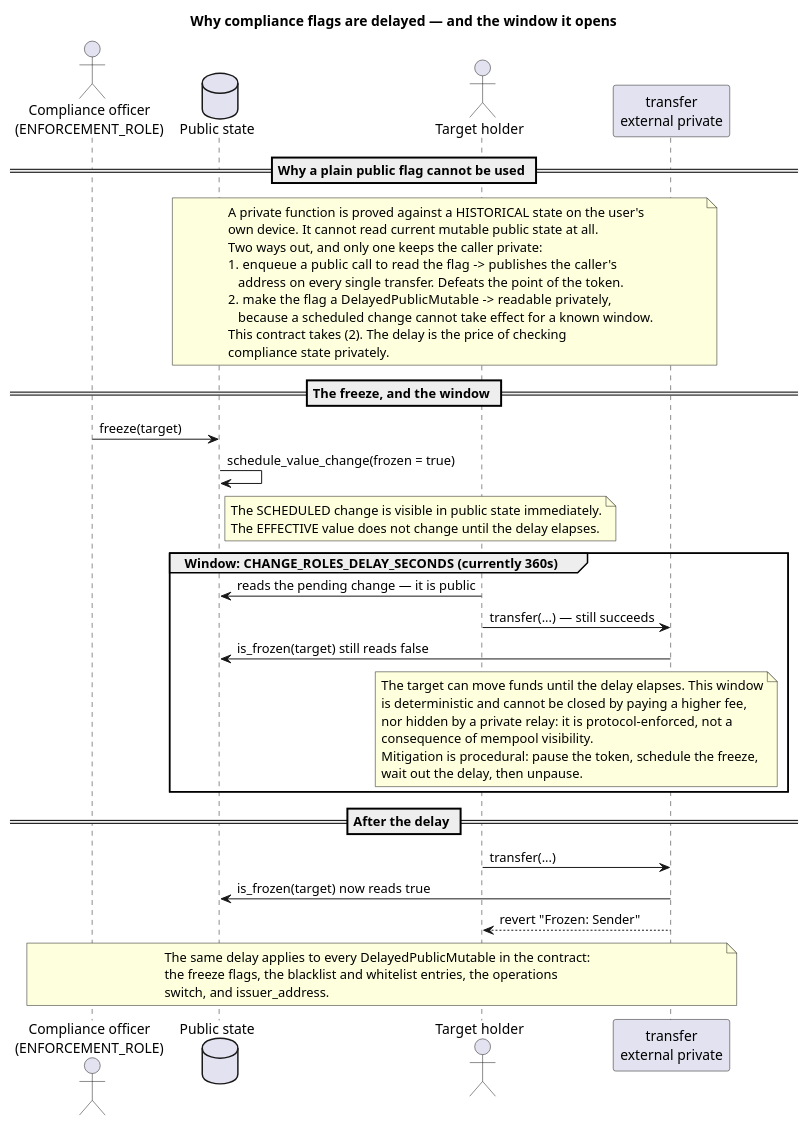
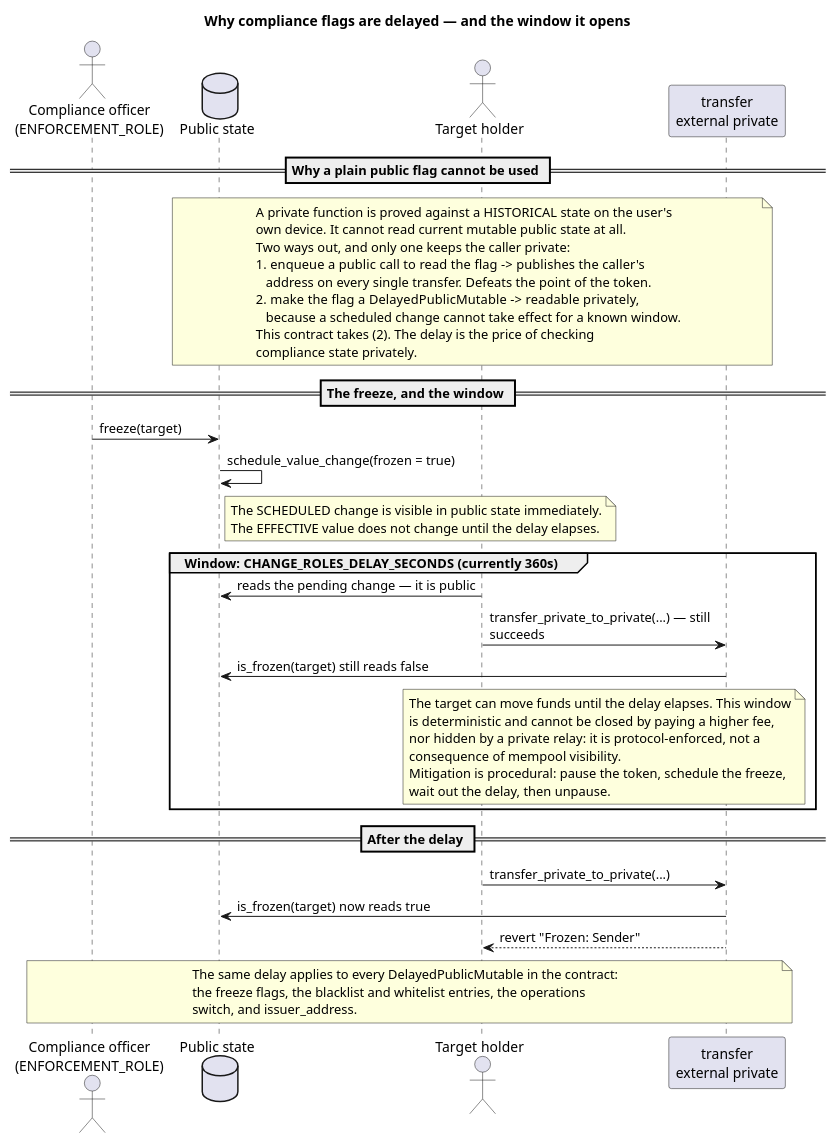
Before and after one commit to CMTA/private-CMTAT-aztec: the diagram in doc/img/delayed-flag.puml, drawn with PlantUML. The commit also changed 35 other files, not shown here.

Commit message:
feat: rename transfer, mint, public_get_name/symbol/decimals to the AIP-20 names so the private profile answers the standard's selectors

```diff
--- a/doc/img/delayed-flag.puml
+++ b/doc/img/delayed-flag.puml
@@ -1,61 +1,61 @@
 @startuml
 title Why compliance flags are delayed — and the window it opens
 
 skinparam sequenceMessageAlign left
 skinparam maxMessageSize 260
 
 actor "Compliance officer\n(ENFORCEMENT_ROLE)" as Officer
 database "Public state" as PS
 actor "Target holder" as Target
 participant "transfer\nexternal private" as Priv
 
 == Why a plain public flag cannot be used ==
 
 note over Priv, PS
   A private function is proved against a HISTORICAL state on the user's
   own device. It cannot read current mutable public state at all.
   Two ways out, and only one keeps the caller private:
   1. enqueue a public call to read the flag  ->  publishes the caller's
      address on every single transfer. Defeats the point of the token.
   2. make the flag a DelayedPublicMutable  ->  readable privately,
      because a scheduled change cannot take effect for a known window.
   This contract takes (2). The delay is the price of checking
   compliance state privately.
 end note
 
 == The freeze, and the window ==
 
 Officer -> PS : freeze(target)
 PS -> PS : schedule_value_change(frozen = true)
 note right of PS
   The SCHEDULED change is visible in public state immediately.
   The EFFECTIVE value does not change until the delay elapses.
 end note
 
 group Window: CHANGE_ROLES_DELAY_SECONDS (currently 360s)
   Target -> PS : reads the pending change — it is public
-  Target -> Priv : transfer(...) — still succeeds
+  Target -> Priv : transfer_private_to_private(...) — still succeeds
   Priv -> PS : is_frozen(target) still reads false
   note over Target, Priv
     The target can move funds until the delay elapses. This window
     is deterministic and cannot be closed by paying a higher fee,
     nor hidden by a private relay: it is protocol-enforced, not a
     consequence of mempool visibility.
     Mitigation is procedural: pause the token, schedule the freeze,
     wait out the delay, then unpause.
   end note
 end
 
 == After the delay ==
 
-Target -> Priv : transfer(...)
+Target -> Priv : transfer_private_to_private(...)
 Priv -> PS : is_frozen(target) now reads true
 Priv --> Target : revert "Frozen: Sender"
 
 note over Officer, Priv
   The same delay applies to every DelayedPublicMutable in the contract:
   the freeze flags, the blacklist and whitelist entries, the operations
   switch, and issuer_address.
 end note
 
 @enduml
```
